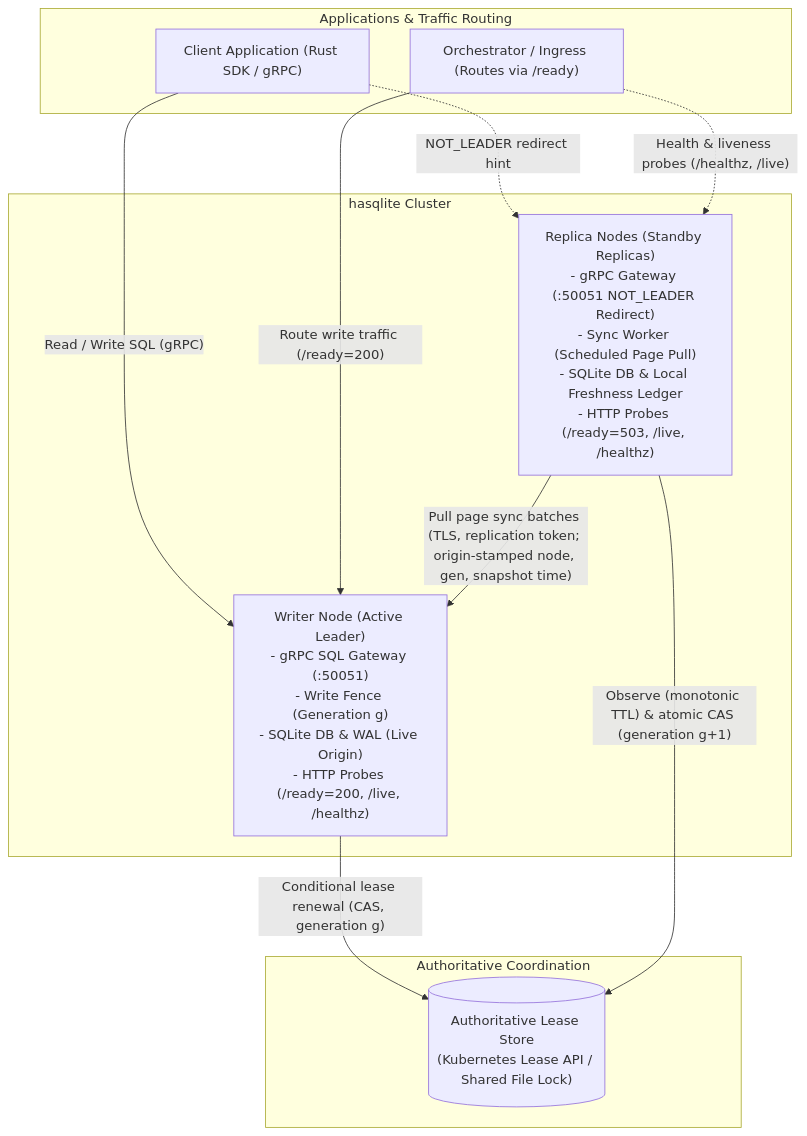
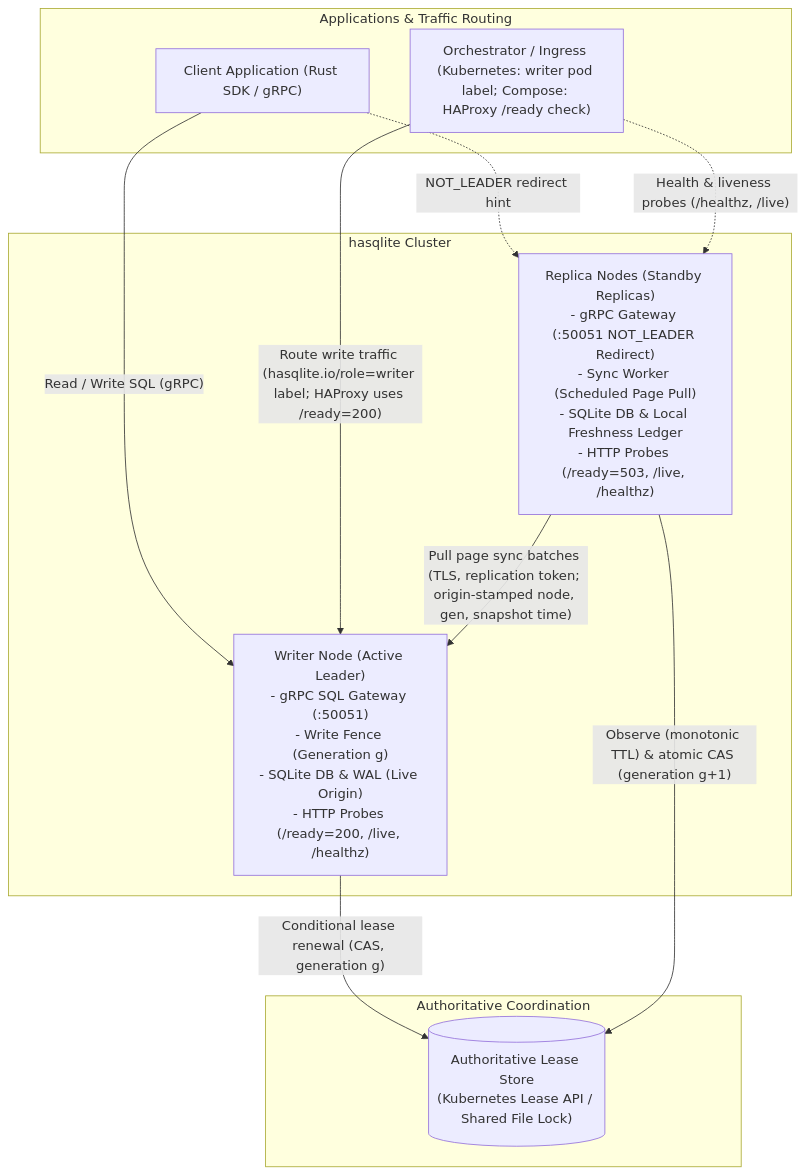
The first of 4 diagrams in docs/architecture.md (sria91/hasqlite), drawn with Mermaid before and after one commit. The commit also changed other lines of this file and 35 other files, not shown here.

````diff
--- a/docs/architecture.md
+++ b/docs/architecture.md
@@ -38,27 +38,27 @@
 ```mermaid
 flowchart TB
   subgraph apps ["Applications & Traffic Routing"]
     APP["Client Application (Rust SDK / gRPC)"]
-    ROUTER["Orchestrator / Ingress (Routes via /ready)"]
+    ROUTER["Orchestrator / Ingress (Kubernetes: writer pod label; Compose: HAProxy /ready check)"]
   end
 
   subgraph cluster ["hasqlite Cluster"]
     WRITER["Writer Node (Active Leader)\n- gRPC SQL Gateway (:50051)\n- Write Fence (Generation g)\n- SQLite DB & WAL (Live Origin)\n- HTTP Probes (/ready=200, /live, /healthz)"]
 
     REPLICAS["Replica Nodes (Standby Replicas)\n- gRPC Gateway (:50051 NOT_LEADER Redirect)\n- Sync Worker (Scheduled Page Pull)\n- SQLite DB & Local Freshness Ledger\n- HTTP Probes (/ready=503, /live, /healthz)"]
   end
 
   subgraph coord ["Authoritative Coordination"]
     LEASE[("Authoritative Lease Store\n(Kubernetes Lease API / Shared File Lock)")]
   end
 
   APP -->|"Read / Write SQL (gRPC)"| WRITER
   APP -.->|"NOT_LEADER redirect hint"| REPLICAS
-  ROUTER -->|"Route write traffic (/ready=200)"| WRITER
+  ROUTER -->|"Route write traffic (hasqlite.io/role=writer label; HAProxy uses /ready=200)"| WRITER
   ROUTER -.->|"Health & liveness probes (/healthz, /live)"| REPLICAS
 
   WRITER -->|"Conditional lease renewal (CAS, generation g)"| LEASE
   REPLICAS -->|"Observe (monotonic TTL) & atomic CAS (generation g+1)"| LEASE
 
   REPLICAS -->|"Pull page sync batches (TLS, replication token; origin-stamped node, gen, snapshot time)"| WRITER
 ```
````
